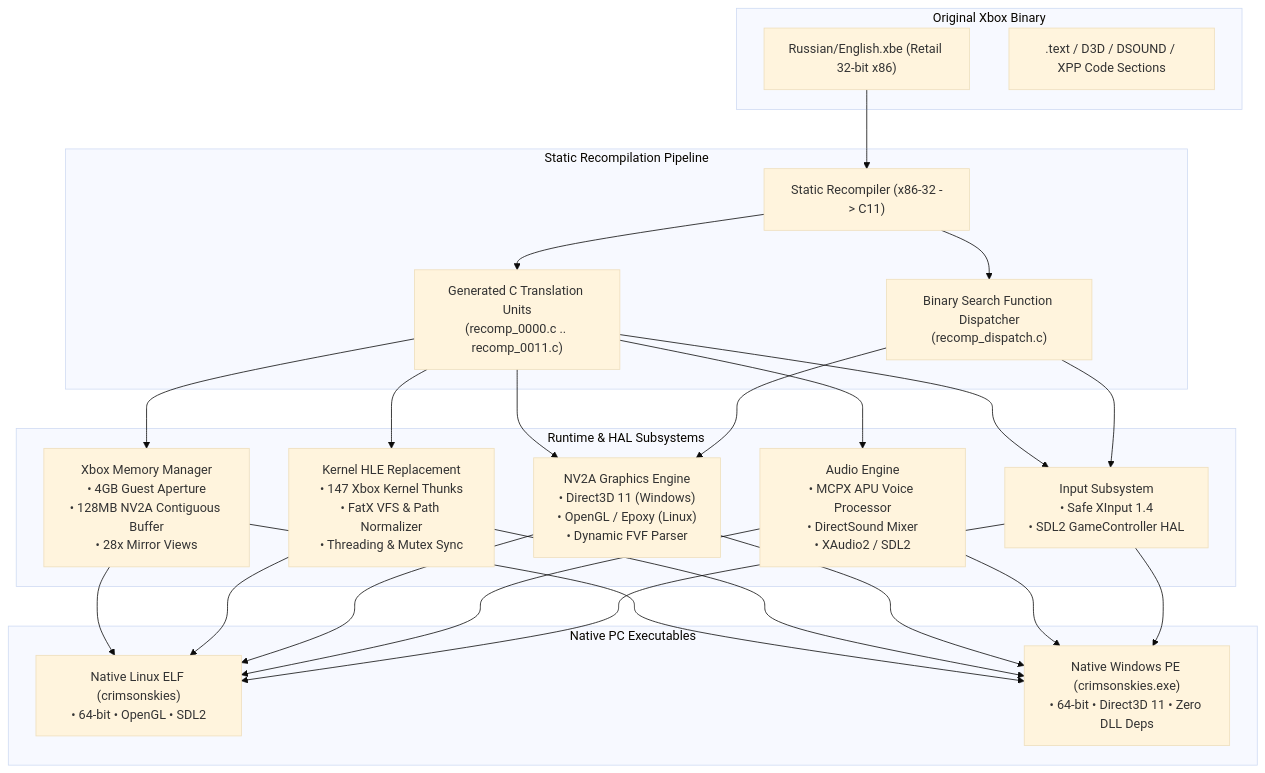
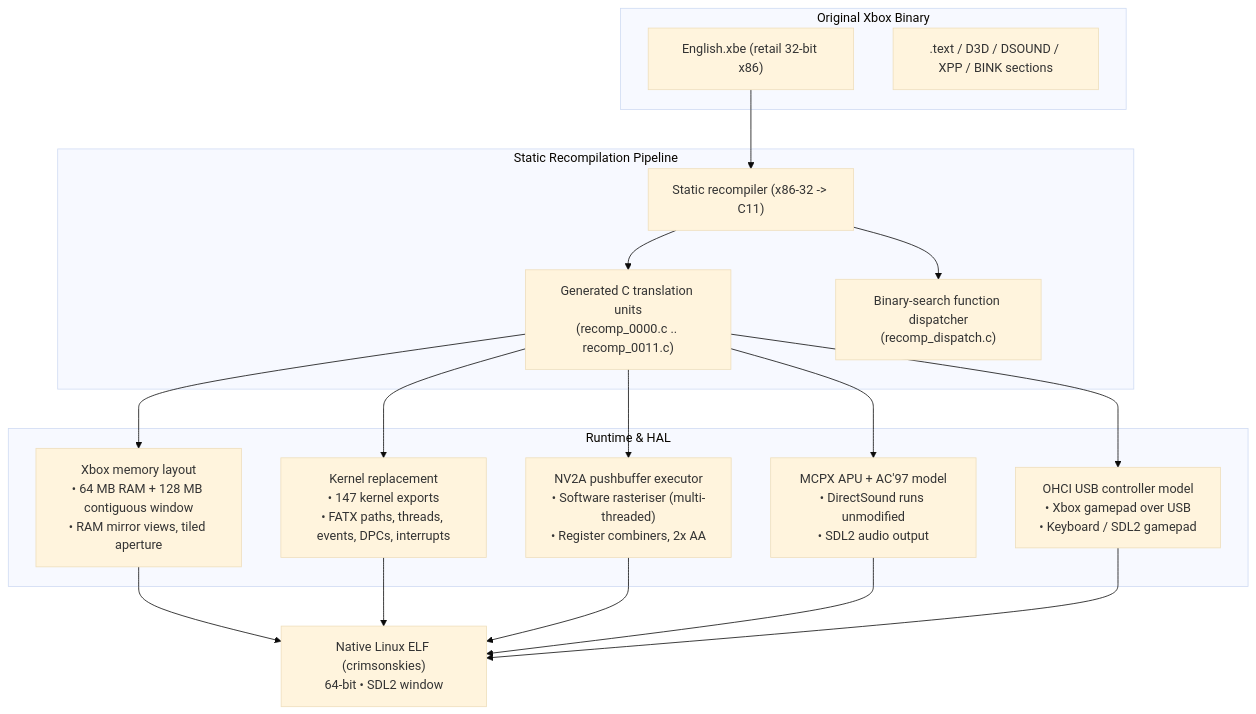
The first of 2 diagrams in README.md (saironbusatto/CrimsonSkiesRecomp), drawn with Mermaid (base theme) before and after one commit. The commit also changed other lines of this file and 2 other files, not shown here.

````diff
--- a/README.md
+++ b/README.md
@@ -17,34 +113,27 @@
 ```mermaid
 flowchart TD
     subgraph Original Xbox Binary
-        XBE["Russian/English.xbe (Retail 32-bit x86)"]
-        TEXT[".text / D3D / DSOUND / XPP Code Sections"]
+        XBE["English.xbe (retail 32-bit x86)"]
+        TEXT[".text / D3D / DSOUND / XPP / BINK sections"]
     end
 
     subgraph Static Recompilation Pipeline
-        LIFTER["Static Recompiler (x86-32 -> C11)"]
-        GEN["Generated C Translation Units\n(recomp_0000.c .. recomp_0011.c)"]
-        DISPATCH["Binary Search Function Dispatcher\n(recomp_dispatch.c)"]
+        LIFTER["Static recompiler (x86-32 -> C11)"]
+        GEN["Generated C translation units\n(recomp_0000.c .. recomp_0011.c)"]
+        DISPATCH["Binary-search function dispatcher\n(recomp_dispatch.c)"]
     end
 
-    subgraph Runtime & HAL Subsystems
-        MEM["Xbox Memory Manager\n• 4GB Guest Aperture\n• 128MB NV2A Contiguous Buffer\n• 28x Mirror Views"]
-        KERN["Kernel HLE Replacement\n• 147 Xbox Kernel Thunks\n• FatX VFS & Path Normalizer\n• Threading & Mutex Sync"]
-        GFX["NV2A Graphics Engine\n• Direct3D 11 (Windows)\n• OpenGL / Epoxy (Linux)\n• Dynamic FVF Parser"]
-        SND["Audio Engine\n• MCPX APU Voice Processor\n• DirectSound Mixer\n• XAudio2 / SDL2"]
-        INP["Input Subsystem\n• Safe XInput 1.4\n• SDL2 GameController HAL"]
-    end
-
-    subgraph Native PC Executables
-        LNX["Native Linux ELF (crimsonskies)\n• 64-bit • OpenGL • SDL2"]
-        WIN["Native Windows PE (crimsonskies.exe)\n• 64-bit • Direct3D 11 • Zero DLL Deps"]
+    subgraph Runtime & HAL
+        MEM["Xbox memory layout\n• 64 MB RAM + 128 MB contiguous window\n• RAM mirror views, tiled aperture"]
+        KERN["Kernel replacement\n• 147 kernel exports\n• FATX paths, threads, events, DPCs, interrupts"]
+        GFX["NV2A pushbuffer executor\n• Software rasteriser (multi-threaded)\n• Register combiners, 2x AA"]
+        SND["MCPX APU + AC'97 model\n• DirectSound runs unmodified\n• SDL2 audio output"]
+        INP["OHCI USB controller model\n• Xbox gamepad over USB\n• Keyboard / SDL2 gamepad"]
     end
 
     XBE --> LIFTER
     LIFTER --> GEN
     LIFTER --> DISPATCH
     GEN --> MEM & KERN & GFX & SND & INP
-    DISPATCH --> GFX & INP
-    MEM & KERN & GFX & SND & INP --> LNX
-    MEM & KERN & GFX & SND & INP --> WIN
+    MEM & KERN & GFX & SND & INP --> LNX["Native Linux ELF (crimsonskies)\n64-bit • SDL2 window"]
 ```
````
